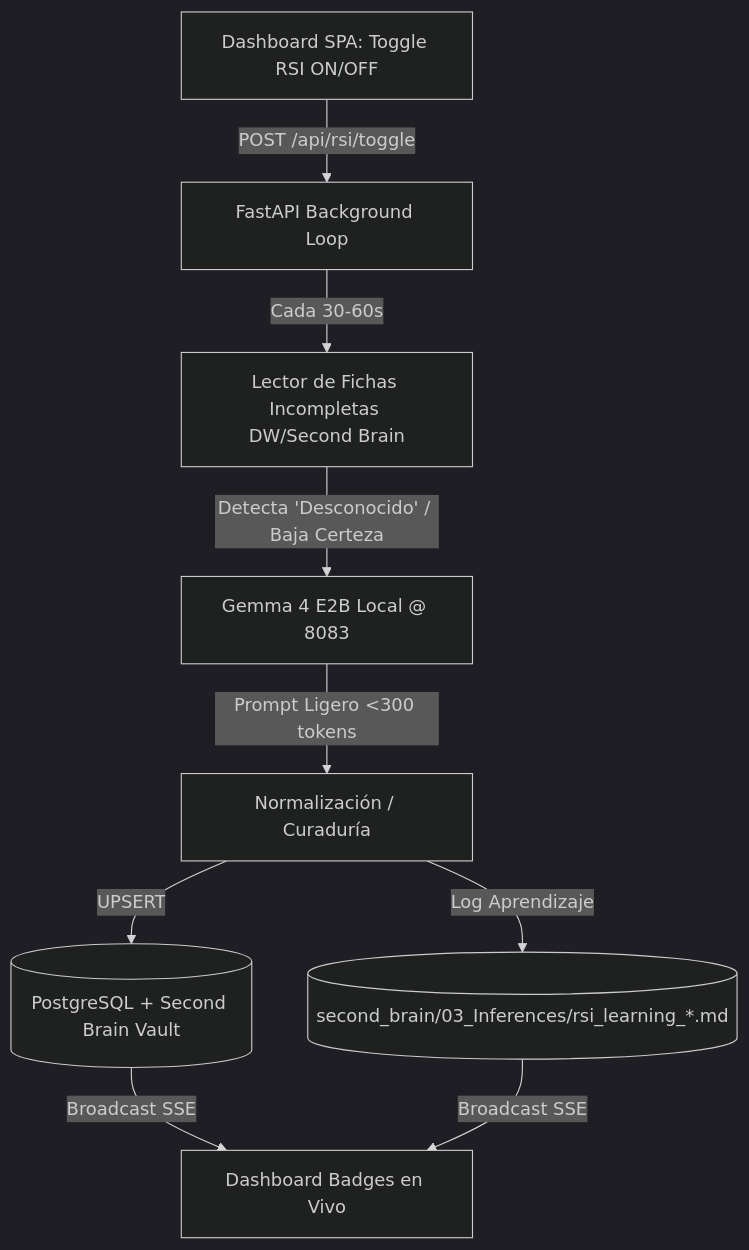
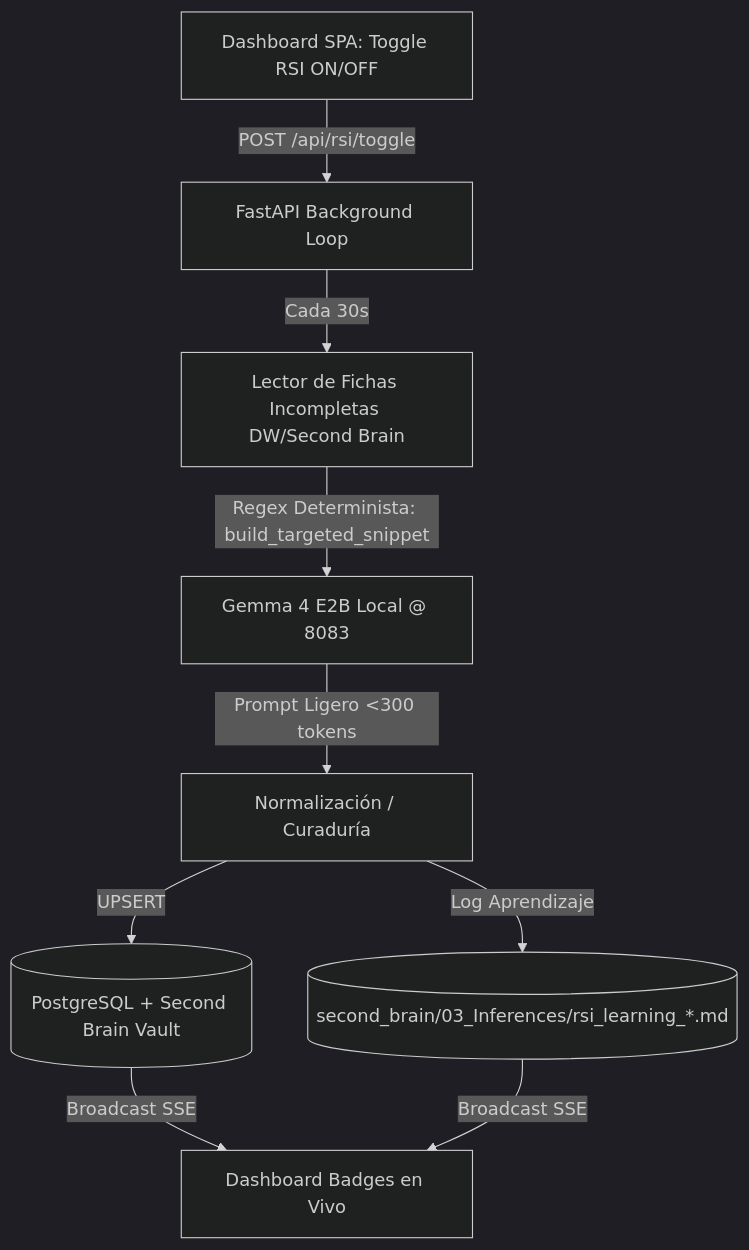
The diagram in implementation_plan.md (Gorodev-lab/zohar-v4), drawn with Mermaid (dark theme) before and after one commit. The commit also changed other lines of this file and 1 other file, not shown here.

````diff
--- a/implementation_plan.md
+++ b/implementation_plan.md
@@ -9,10 +10,10 @@
 ```mermaid
 graph TD
     A[Dashboard SPA: Toggle RSI ON/OFF] -->|POST /api/rsi/toggle| B[FastAPI Background Loop]
-    B -->|Cada 30-60s| C[Lector de Fichas Incompletas DW/Second Brain]
-    C -->|Detecta 'Desconocido' / Baja Certeza| D[Gemma 4 E2B Local @ 8083]
+    B -->|Cada 30s| C[Lector de Fichas Incompletas DW/Second Brain]
+    C -->|Regex Determinista: build_targeted_snippet| D[Gemma 4 E2B Local @ 8083]
     D -->|Prompt Ligero <300 tokens| E[Normalización / Curaduría]
     E -->|UPSERT| F[(PostgreSQL + Second Brain Vault)]
     E -->|Log Aprendizaje| G[(second_brain/03_Inferences/rsi_learning_*.md)]
     F & G -->|Broadcast SSE| H[Dashboard Badges en Vivo]
 ```
````
